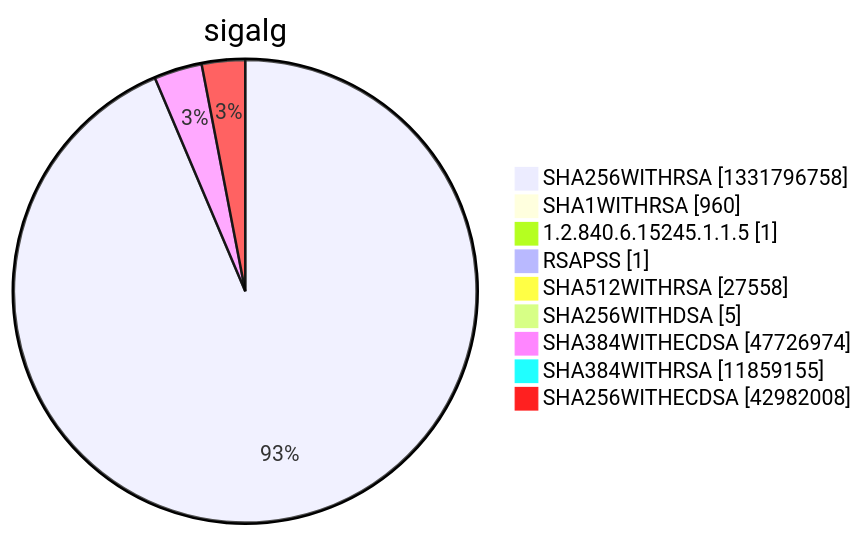
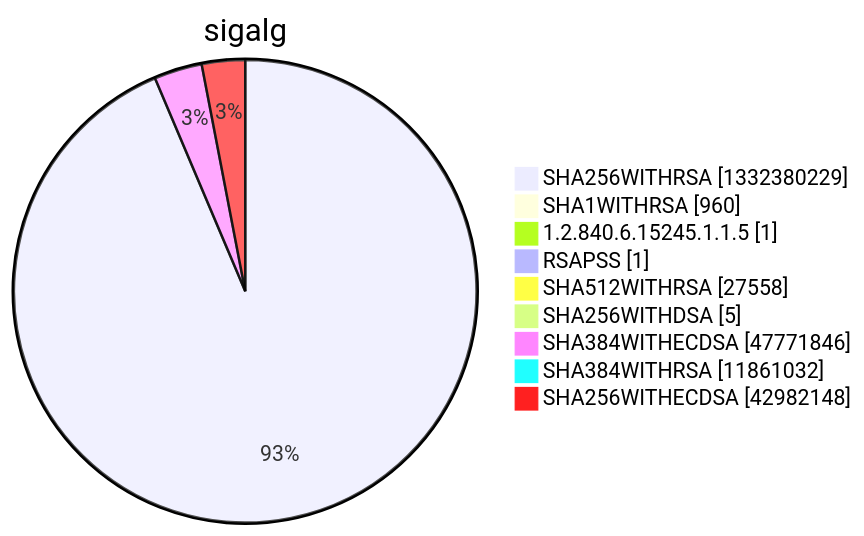
Diagram 15 of 15 in argon2022/README.md (christiankrug/ctmonitor_visualization), drawn with Mermaid before and after one commit. The commit also changed other lines of this file, not shown here.

````diff
--- a/argon2022/README.md
+++ b/argon2022/README.md
@@ -5524,13 +5524,13 @@
 ```mermaid
 pie showData
 title sigalg
-"SHA256WITHRSA" :1331796758
+"SHA256WITHRSA" :1332380229
 "SHA1WITHRSA" :960
 "1.2.840.6.15245.1.1.5" :1
 "RSAPSS" :1
 "SHA512WITHRSA" :27558
 "SHA256WITHDSA" :5
-"SHA384WITHECDSA" :47726974
-"SHA384WITHRSA" :11859155
-"SHA256WITHECDSA" :42982008
+"SHA384WITHECDSA" :47771846
+"SHA384WITHRSA" :11861032
+"SHA256WITHECDSA" :42982148
 ```
````
